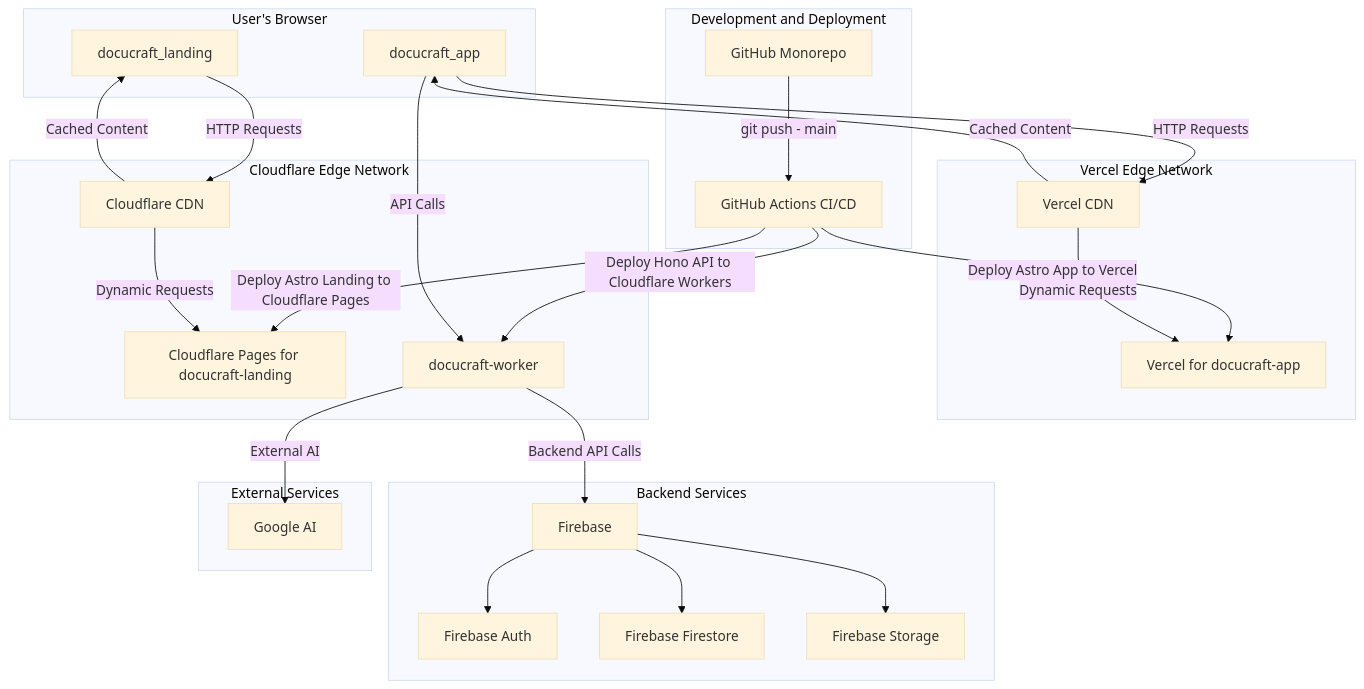
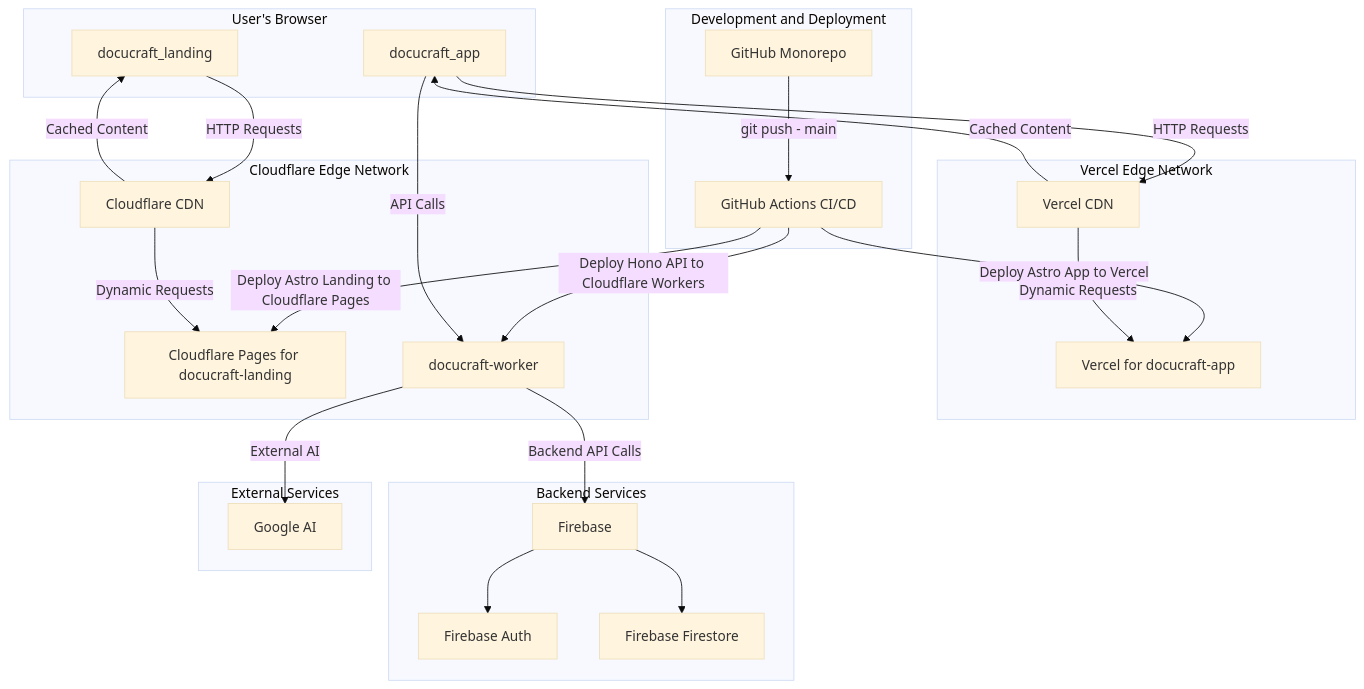
One commit to JoaquinMX/docucraft-monorepo changed the diagram in readme.md. Above: the diagram before and after it, drawn with Mermaid (base theme). The commit also changed 1 other file, not shown here.

Commit message:
fix(project): update architecture diagram

````diff
--- a/readme.md
+++ b/readme.md
@@ -50,48 +50,47 @@
 ```mermaid
 graph TD
     subgraph "User's Browser"
         A[docucraft_landing]
         B[docucraft_app]
     end
 
     subgraph "Vercel Edge Network"
         C[Vercel for docucraft-app]
         D[Vercel CDN]
     end
 
     subgraph "Cloudflare Edge Network"
         E[Cloudflare Pages for docucraft-landing]
         F[Cloudflare CDN]
         G[docucraft-worker]
     end
 
     subgraph "Backend Services"
         H[Firebase]
         I[Firebase Auth]
         J[Firebase Firestore]
-        K[Firebase Storage]
     end
 
     subgraph "External Services"
         L[Google AI]
     end
 
     subgraph "Development and Deployment"
         M[GitHub Monorepo] -->|git push - main| N[GitHub Actions CI/CD]
         N -->|Deploy Astro Landing to Cloudflare Pages| E
         N -->|Deploy Astro App to Vercel| C
         N -->|Deploy Hono API to Cloudflare Workers| G
     end
 
     A -->|HTTP Requests| F
     B -->|HTTP Requests| D
     F -- "Cached Content" --> A
     D -- "Cached Content" --> B
     F -- "Dynamic Requests" --> E
     D -- "Dynamic Requests" --> C
 
     B -->|API Calls| G
     G -->|Backend API Calls| H
     G -->|External AI| L
-    H --> I & J & K
+    H --> I & J
 ```
````
